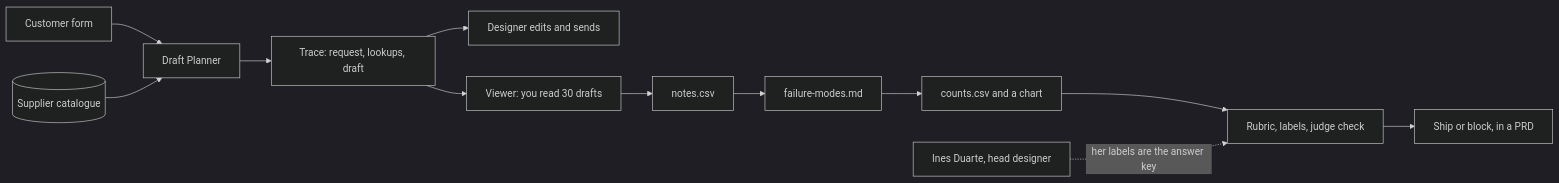
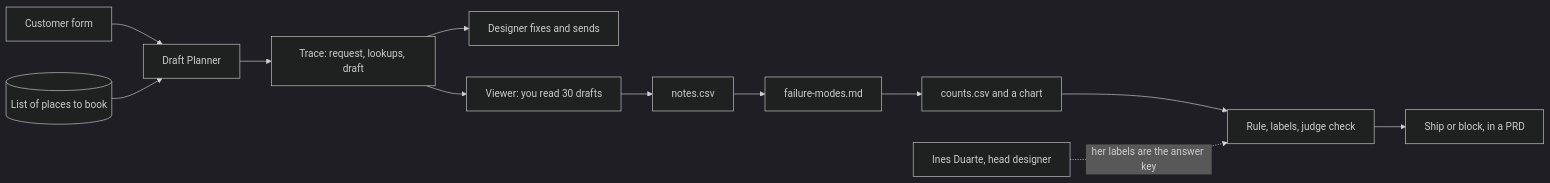
Before and after one commit to learnwithparam/ai-evals-for-pms: the diagram in README.md, drawn with Mermaid (dark theme). The commit also changed other lines of this file and 53 other files, not shown here.

````diff
--- a/README.md
+++ b/README.md
@@ -43,14 +78,14 @@
 ```mermaid
 flowchart LR
   F[Customer form] --> DP[Draft Planner]
-  C[(Supplier catalogue)] --> DP
+  C[(List of places to book)] --> DP
   DP --> T[Trace: request, lookups, draft]
-  T --> D[Designer edits and sends]
+  T --> D[Designer fixes and sends]
   T --> V[Viewer: you read 30 drafts]
   V --> N[notes.csv]
   N --> M[failure-modes.md]
   M --> K[counts.csv and a chart]
-  K --> R[Rubric, labels, judge check]
+  K --> R[Rule, labels, judge check]
   R --> S[Ship or block, in a PRD]
   I[Ines Duarte, head designer] -. her labels are the answer key .-> R
 ```
````
